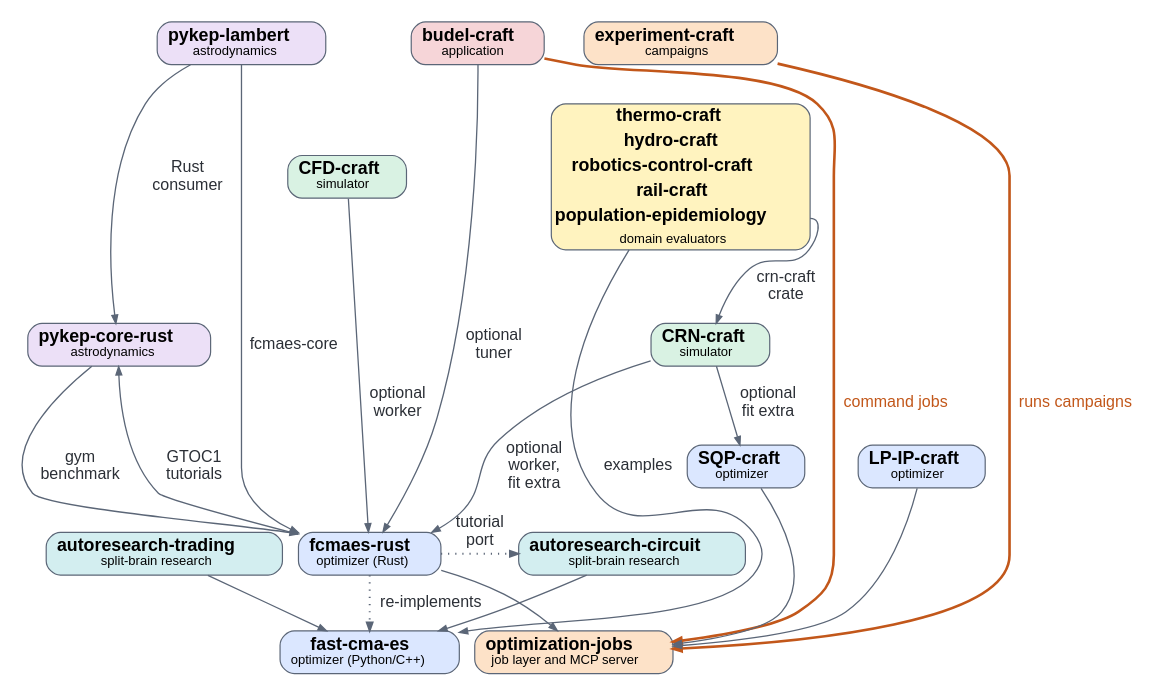
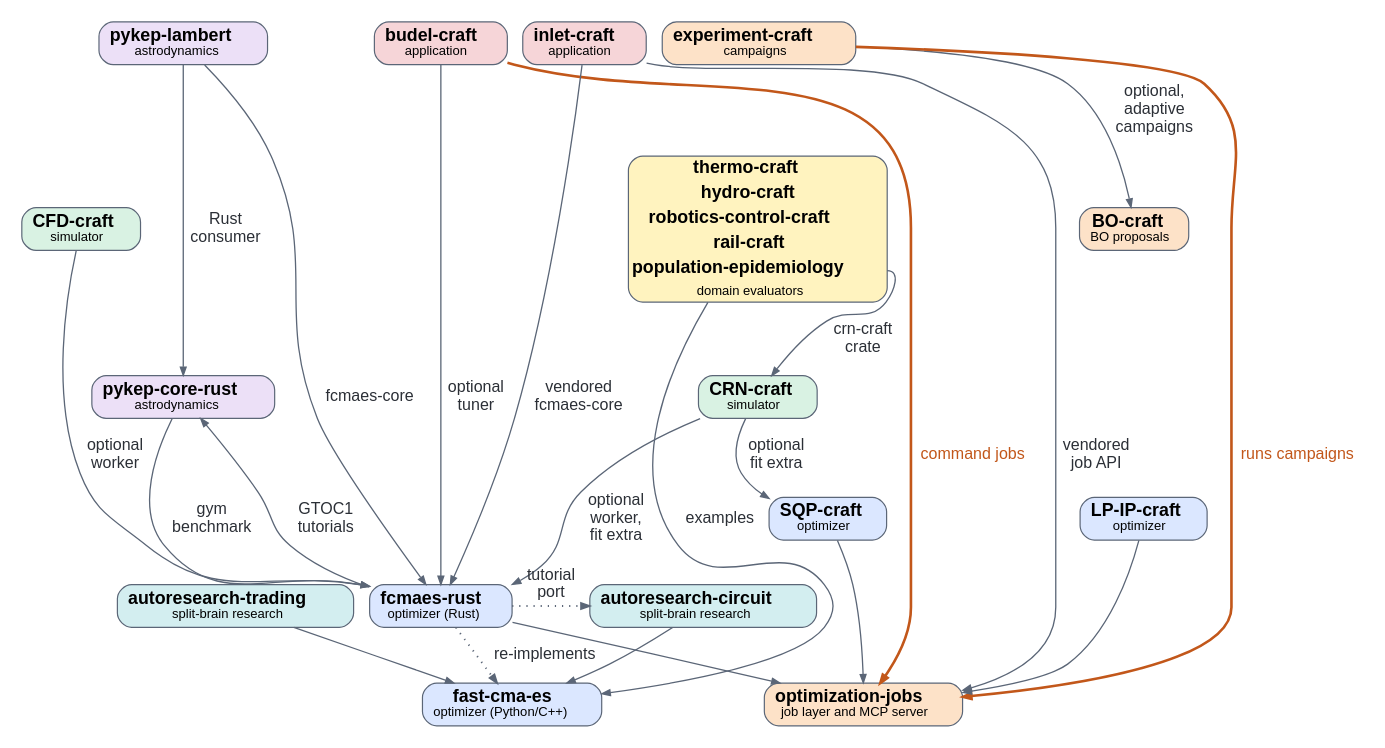
One commit to dietmarwo/fcmaes-rust changed the diagram in docs/images/repositories.dot. Above: the diagram before and after it, drawn with Graphviz. The commit also changed 6 other files, not shown here.

First line of the commit message:
docs: add BO-craft and inlet-craft to the repository overview

```diff
--- a/docs/images/repositories.dot
+++ b/docs/images/repositories.dot
@@ -1,69 +1,74 @@
 digraph repos {
   graph [rankdir=TB, nodesep=0.18, ranksep=0.45, pad=0.15, bgcolor="white", fontname="Helvetica", newrank=true];
   node  [shape=box, style="rounded,filled", fontname="Helvetica", fontsize=15, color="#5b6677", penwidth=1, margin="0.13,0.06"];
   edge  [fontname="Helvetica", fontsize=13.5, color="#5b6677", fontcolor="#2b2f36", arrowsize=0.7, penwidth=1.1];
 
   // users and applications
   EC   [fillcolor="#fde2c8", label=<<b>experiment-craft</b><br/><font point-size="11">campaigns</font>>];
   BUD  [fillcolor="#f6d5d8", label=<<b>budel-craft</b><br/><font point-size="11">application</font>>];
+  INL  [fillcolor="#f6d5d8", label=<<b>inlet-craft</b><br/><font point-size="11">application</font>>];
+  BO   [fillcolor="#fde2c8", label=<<b>BO-craft</b><br/><font point-size="11">BO proposals</font>>];
   PL   [fillcolor="#ece0f7", label=<<b>pykep-lambert</b><br/><font point-size="11">astrodynamics</font>>];
   DOM  [shape=plain, style="", label=<
     <table border="1" cellborder="0" cellspacing="0" cellpadding="2" bgcolor="#fff3bf" color="#5b6677" style="rounded">
       <tr><td><b>thermo-craft</b></td></tr>
       <tr><td><b>hydro-craft</b></td></tr>
       <tr><td><b>robotics-control-craft</b></td></tr>
       <tr><td><b>rail-craft</b></td></tr>
       <tr><td port="pop"><b>population-epidemiology</b></td></tr>
       <tr><td><font point-size="11">domain evaluators</font></td></tr>
     </table>>];
 
   ART  [fillcolor="#d3eef0", label=<<b>autoresearch-trading</b><br/><font point-size="11">split-brain research</font>>];
   ARC  [fillcolor="#d3eef0", label=<<b>autoresearch-circuit</b><br/><font point-size="11">split-brain research</font>>];
   CRN  [fillcolor="#d9f2e3", label=<<b>CRN-craft</b><br/><font point-size="11">simulator</font>>];
   CFD  [fillcolor="#d9f2e3", label=<<b>CFD-craft</b><br/><font point-size="11">simulator</font>>];
 
   PK   [fillcolor="#ece0f7", label=<<b>pykep-core-rust</b><br/><font point-size="11">astrodynamics</font>>];
   SQP  [fillcolor="#dbe7ff", label=<<b>SQP-craft</b><br/><font point-size="11">optimizer</font>>];
   LPIP [fillcolor="#dbe7ff", label=<<b>LP-IP-craft</b><br/><font point-size="11">optimizer</font>>];
 
   FCR  [fillcolor="#dbe7ff", label=<<b>fcmaes-rust</b><br/><font point-size="11">optimizer (Rust)</font>>];
 
   FCE  [fillcolor="#dbe7ff", label=<<b>fast-cma-es</b><br/><font point-size="11">optimizer (Python/C++)</font>>];
   OJ   [fillcolor="#fde2c8", label=<<b>optimization-jobs</b><br/><font point-size="11">job layer and MCP server</font>>];
 
-  { rank=same; EC; BUD; PL; }
-  { rank=same; DOM; CFD; }
+  { rank=same; EC; BUD; INL; PL; }
+  { rank=same; BO; DOM; CFD; }
   { rank=same; CRN; PK; }
   { rank=same; SQP; LPIP; }
   { rank=same; FCR; ART; ARC; }
   { rank=same; OJ; FCE; }
 
   // invisible spine that fixes the row order
   EC -> DOM -> CRN -> SQP -> FCR -> OJ [style=invis, weight=4];
   PL -> CFD [style=invis];
 
   // code dependencies
   ART -> FCE;
   ARC -> FCE;
   DOM -> FCE  [label=" examples"];
   DOM:pop -> CRN [label=" crn-craft\n crate"];
   PL  -> PK   [label=" Rust\n consumer"];
   PL  -> FCR  [label=" fcmaes-core"];
   BUD -> FCR  [label=" optional\n tuner"];
+  INL -> FCR  [label=" vendored\n fcmaes-core"];
+  INL -> OJ   [label=" vendored\n job API"];
+  EC  -> BO   [label=" optional,\n adaptive\n campaigns"];
   CRN -> FCR  [label=" optional\n worker,\n fit extra"];
   CRN -> SQP  [label=" optional\n fit extra"];
   CFD -> FCR  [label=" optional\n worker"];
   PK  -> FCR  [label=" gym\n benchmark"];
   FCR -> PK   [label=" GTOC1\n tutorials"];
   FCR -> OJ;
   LPIP -> OJ;
   SQP -> OJ;
 
   // execution
   EC  -> OJ   [color="#c2571a", penwidth=2.2, fontcolor="#c2571a", label=" runs campaigns"];
   BUD -> OJ   [color="#c2571a", penwidth=2.2, fontcolor="#c2571a", label=" command jobs"];
 
   // provenance
   FCR -> FCE  [style=dotted, penwidth=1.6, label=" re-implements"];
   FCR -> ARC  [style=dotted, penwidth=1.6, label=" tutorial\n port"];
 }
```
